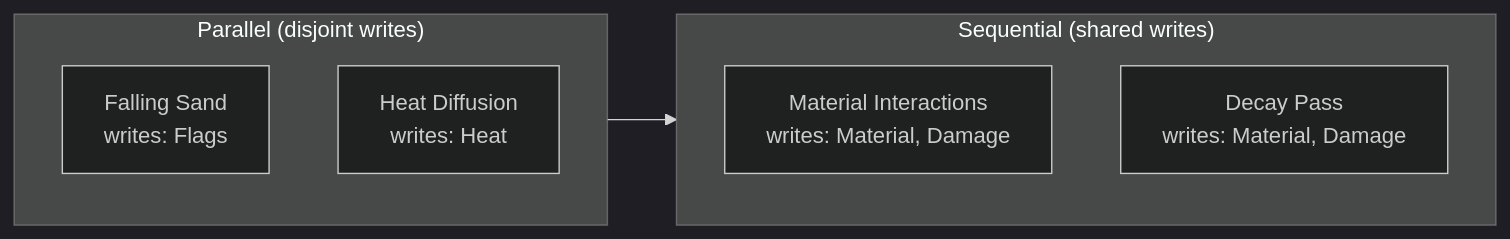
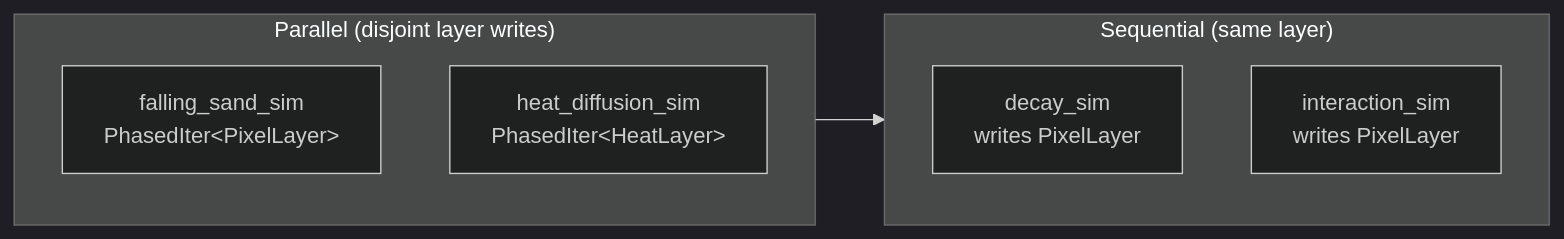
One commit to api-haus/bevy_pixel_world changed the first of 4 diagrams in docs/arhitecture/modularity/pixel-layers.md. Above: the diagram before and after it, drawn with Mermaid (dark theme). The commit also changed other lines of this file and 8 other files, not shown here.

First line of the commit message:
docs: standardize layer terminology across architecture docs

````diff
--- a/docs/arhitecture/modularity/pixel-layers.md
+++ b/docs/arhitecture/modularity/pixel-layers.md
@@ -202,12 +222,12 @@
 ```mermaid
 flowchart LR
-    subgraph Parallel["Parallel (disjoint writes)"]
-        A["Falling Sand<br/>writes: Flags"]
-        B["Heat Diffusion<br/>writes: Heat"]
+    subgraph Parallel["Parallel (disjoint layer writes)"]
+        A["falling_sand_sim<br/>PhasedIter&lt;PixelLayer&gt;"]
+        B["heat_diffusion_sim<br/>PhasedIter&lt;HeatLayer&gt;"]
     end
-    subgraph Sequential["Sequential (shared writes)"]
-        C["Material Interactions<br/>writes: Material, Damage"]
-        D["Decay Pass<br/>writes: Material, Damage"]
+    subgraph Sequential["Sequential (same layer)"]
+        C["decay_sim<br/>writes PixelLayer"]
+        D["interaction_sim<br/>writes PixelLayer"]
     end
     Parallel --> Sequential
 ```
````
